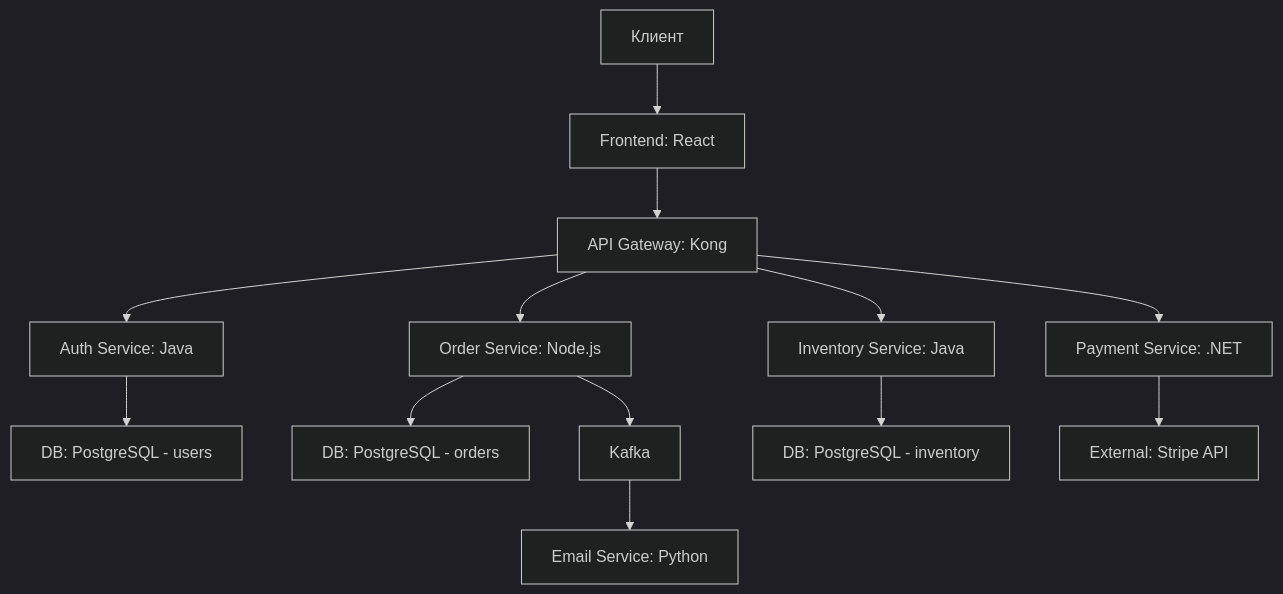
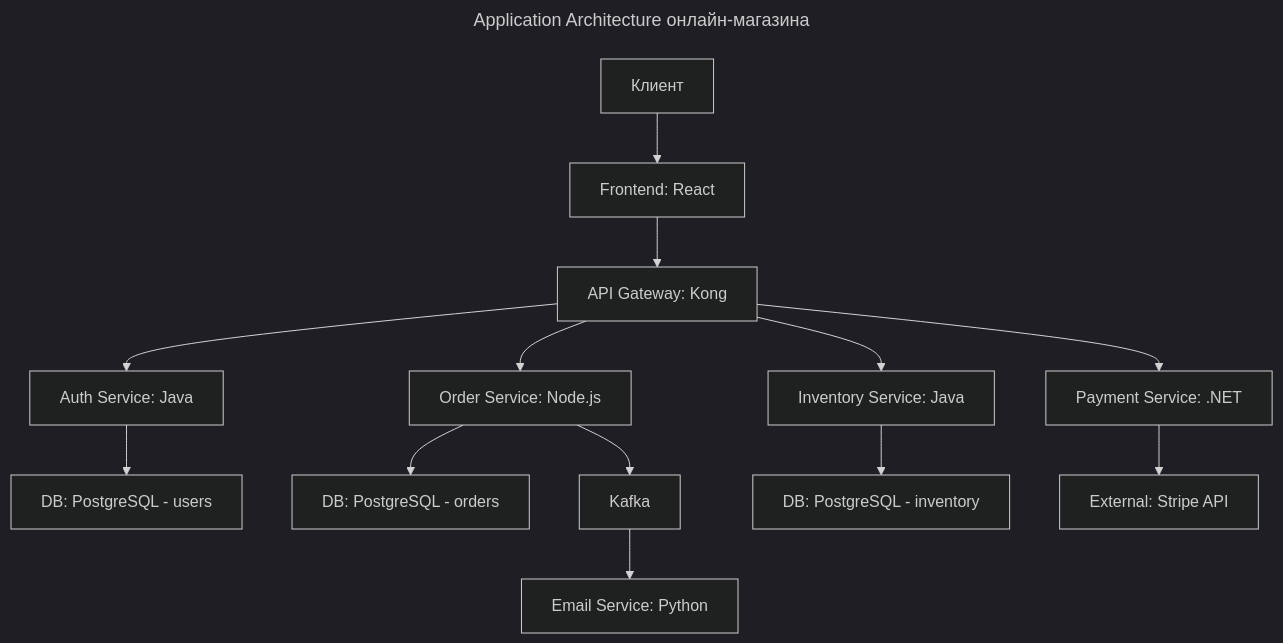
The third of 4 diagrams in software-engineer/pattern/architecture/Enterprise Architecture.md (mrtxee/enterprise-developer-almanac), drawn with Mermaid (dark theme) before and after one commit. The commit also changed other lines of this file and 40 other files, not shown here.

````diff
--- a/software-engineer/pattern/architecture/Enterprise Architecture.md
+++ b/software-engineer/pattern/architecture/Enterprise Architecture.md
@@ -101,15 +119,18 @@
 ```mermaid
+---
+title: Application Architecture онлайн-магазина
+---
 graph TD
     M[Клиент] --> N[Frontend: React]
     N --> O[API Gateway: Kong]
     O --> P[Auth Service: Java]
     O --> Q[Order Service: Node.js]
     O --> R[Inventory Service: Java]
     O --> S[Payment Service: .NET]
     P --> T[DB: PostgreSQL - users]
     Q --> U[DB: PostgreSQL - orders]
     R --> V[DB: PostgreSQL - inventory]
     Q --> W[Kafka]
     W --> X[Email Service: Python]
     S --> Y[External: Stripe API]
 ```
````
